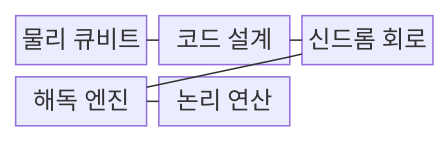
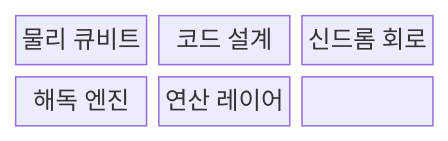
The first of 2 diagrams in src/content/docs/notes/08-latest-tech/213_quantum_error_correction.md (agnusdei1207/knowledge-base), drawn with Mermaid before and after one commit. The commit also changed other lines of this file and 228 other files, not shown here.

````diff
--- a/src/content/docs/notes/08-latest-tech/213_quantum_error_correction.md
+++ b/src/content/docs/notes/08-latest-tech/213_quantum_error_correction.md
@@ -50,13 +49,11 @@
 ```mermaid
 block-beta
   columns 3
-  A["물리 큐비트"]
-  B["코드 설계"]
-  C["신드롬 회로"]
-  D["해독 엔진"]
-  E["논리 연산"]
-  A --- B
-  B --- C
-  C --- D
-  D --- E
+  N0["물리 큐비트"]
+  N1["코드 설계"]
+  N2["신드롬 회로"]
+  N3["해독 엔진"]
+  N4["연산 레이어"]
+  N0 --- N1 --- N2
+  N2 --- N3 --- N4
 ```
````
